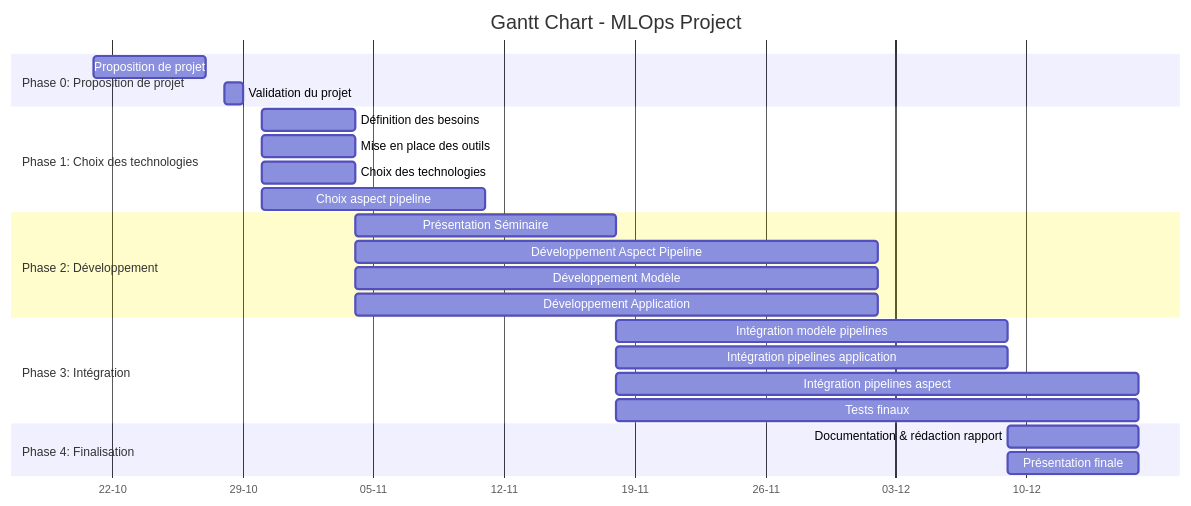
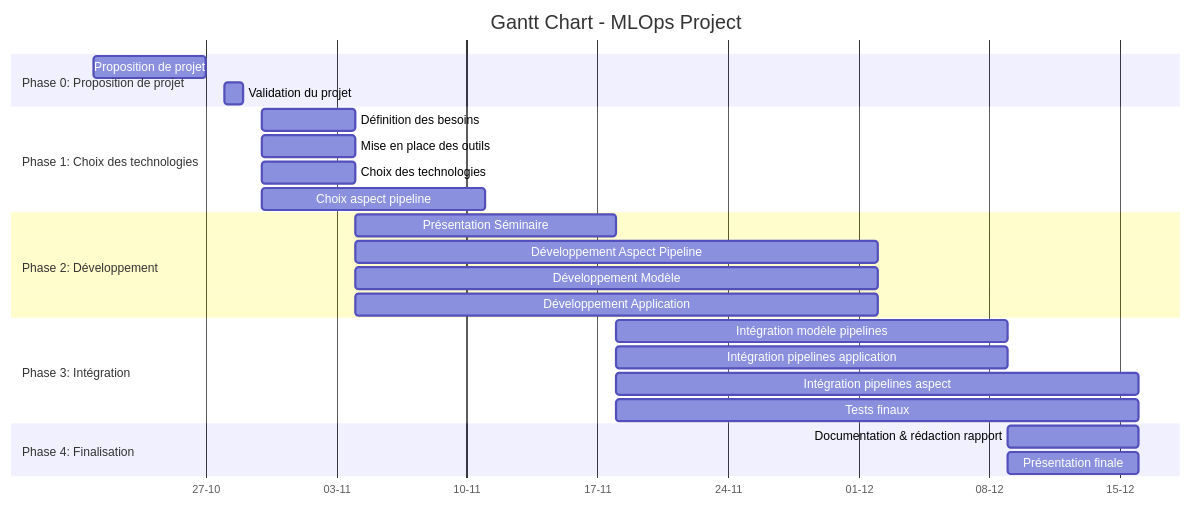
Before and after one commit to ODAncona/MachLeData_Project: the fourth of 4 diagrams in project_mgmt/report.md, drawn with Mermaid. The commit also changed other lines of this file and 12 other files, not shown here.

````diff
--- a/project_mgmt/report.md
+++ b/project_mgmt/report.md
@@ -207,34 +207,34 @@
 ```mermaid
 gantt
     title Gantt Chart - MLOps Project
     dateFormat  YYYY-MM-DD
     axisFormat  %d-%m
 
     section Phase 0: Proposition de projet
-    Proposition de projet           :   p0, 2023-10-21,2023-10-27
-    Validation du projet            :   p0, 2023-10-28,2023-10-29
+    Proposition de projet           :   p0, 2024-10-21,2024-10-27
+    Validation du projet            :   p0, 2024-10-28,2024-10-29
 
     section Phase 1: Choix des technologies
-    Définition des besoins          :   p1, 2023-10-30,2023-11-04
-    Mise en place des outils        :   p1, 2023-10-30,2023-11-04
-    Choix des technologies          :   p2, 2023-10-30,2023-11-04
-    Choix aspect pipeline           :   p2, 2023-10-30,2023-11-11
+    Définition des besoins          :   p1, 2024-10-30,2024-11-04
+    Mise en place des outils        :   p1, 2024-10-30,2024-11-04
+    Choix des technologies          :   p2, 2024-10-30,2024-11-04
+    Choix aspect pipeline           :   p2, 2024-10-30,2024-11-11
 
     section Phase 2: Développement
-    Présentation Séminaire          :   p3, 2023-11-04,2023-11-18
-    Développement Aspect Pipeline   :   p3, 2023-11-04,2023-12-02
-    Développement Modèle            :   p3, 2023-11-04,2023-12-02
-    Développement Application       :   p3, 2023-11-04,2023-12-02
+    Présentation Séminaire          :   p3, 2024-11-04,2024-11-18
+    Développement Aspect Pipeline   :   p3, 2024-11-04,2024-12-02
+    Développement Modèle            :   p3, 2024-11-04,2024-12-02
+    Développement Application       :   p3, 2024-11-04,2024-12-02
 
     section Phase 3: Intégration
-    Intégration modèle pipelines       :   p4, 2023-11-18,2023-12-09
-    Intégration pipelines application  :   p4, 2023-11-18,2023-12-09
-    Intégration pipelines aspect       :   p4, 2023-11-18,2023-12-16
-    Tests finaux                        :   p4, 2023-11-18,2023-12-16
+    Intégration modèle pipelines       :   p4, 2024-11-18,2024-12-09
+    Intégration pipelines application  :   p4, 2024-11-18,2024-12-09
+    Intégration pipelines aspect       :   p4, 2024-11-18,2024-12-16
+    Tests finaux                        :   p4, 2024-11-18,2024-12-16
 
     section Phase 4: Finalisation
 
-    Documentation & rédaction rapport :   p5, 2023-12-09,2023-12-16
-    Présentation finale                :   p5, 2023-12-09,2023-12-16
+    Documentation & rédaction rapport :   p5, 2024-12-09,2024-12-16
+    Présentation finale                :   p5, 2024-12-09,2024-12-16
 
 ```
````
